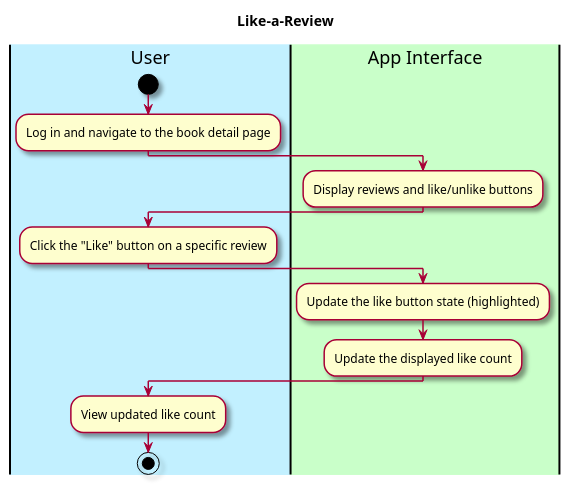
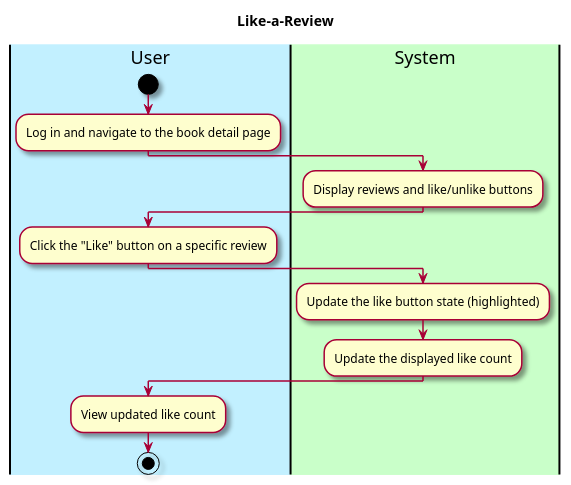
The diagram in intellij/doc/use-cases/like-a-review.md (Khurshid03/team-2b), drawn with PlantUML before and after one commit. The commit also changed 17 other files, not shown here.

````diff
--- a/intellij/doc/use-cases/like-a-review.md
+++ b/intellij/doc/use-cases/like-a-review.md
@@ -43,36 +43,36 @@
 ```plantuml
 @startuml
 
 skin rose
 
 title Like-a-Review
 
 |#application|User|
-|#technology|App Interface|
+|#technology|System|
 
 
 |User|
 start
 :Log in and navigate to the book detail page;
 
-|App Interface|
+|System|
 :Display reviews and like/unlike buttons;
 
 |User|
 :Click the "Like" button on a specific review;
 
-|App Interface|
+|System|
 
 
-|App Interface|
+|System|
 :Update the like button state (highlighted);
 :Update the displayed like count;
 
 |User|
 :View updated like count;
 
 stop
 
 @enduml
 
 ```
````
